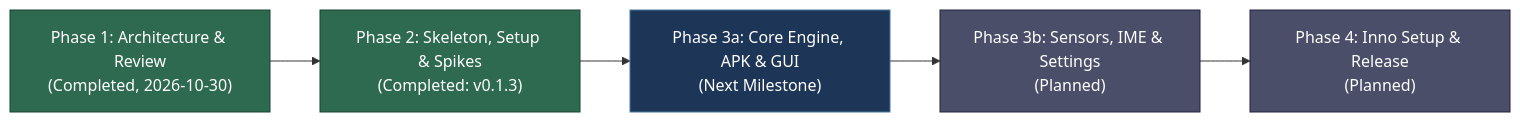
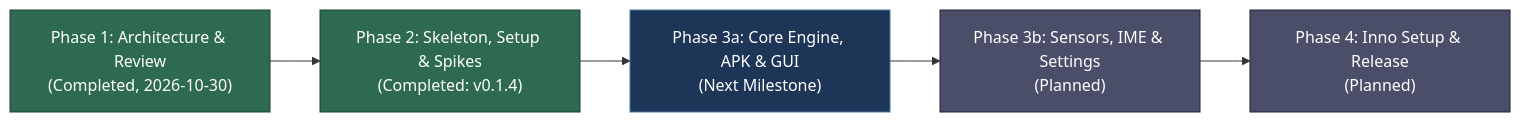
The diagram in README.md (OrcusExtreme/Orcus_APK_Emulator), drawn with Mermaid before and after one commit. The commit also changed other lines of this file and 29 other files, not shown here.

````diff
--- a/README.md
+++ b/README.md
@@ -86,12 +86,12 @@
 ```mermaid
 flowchart LR
-    A["Phase 1: Architecture & Review<br/>(Completed, 2026-10-30)"] --> B["Phase 2: Skeleton, Setup & Spikes<br/>(Completed: v0.1.3)"]
+    A["Phase 1: Architecture & Review<br/>(Completed, 2026-10-30)"] --> B["Phase 2: Skeleton, Setup & Spikes<br/>(Completed: v0.1.4)"]
     B --> C["Phase 3a: Core Engine, APK & GUI<br/>(Next Milestone)"]
     C --> D["Phase 3b: Sensors, IME & Settings<br/>(Planned)"]
     D --> E["Phase 4: Inno Setup & Release<br/>(Planned)"]
     style A fill:#2d6a4f,stroke:#1b4332,color:#fff
     style B fill:#2d6a4f,stroke:#1b4332,color:#fff
     style C fill:#1d3557,stroke:#457b9d,color:#fff
     style D fill:#4a4e69,stroke:#22223b,color:#fff
     style E fill:#4a4e69,stroke:#22223b,color:#fff
 ```
````
